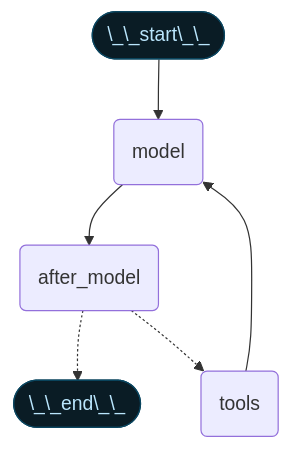
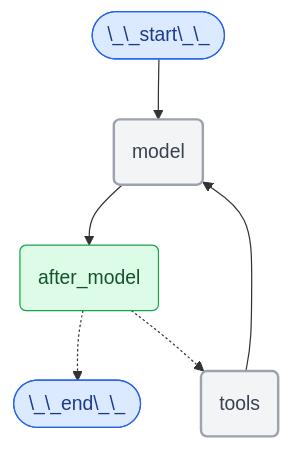
One commit to bansalkanav/docs changed the second of 2 diagrams in build/oss/javascript/langchain/short-term-memory.mdx. Above: the diagram before and after it, drawn with Mermaid. The commit also changed other lines of this file and 2887 other files, not shown here.

````diff
--- a/build/oss/javascript/langchain/short-term-memory.mdx
+++ b/build/oss/javascript/langchain/short-term-memory.mdx
@@ -607,26 +612,28 @@
 ```mermaid
 %%{
     init: {
         "fontFamily": "monospace",
         "flowchart": {
         "curve": "basis"
-        },
-        "themeVariables": {"edgeLabelBackground": "transparent"}
+        }
     }
 }%%
 graph TD
     S(["\_\_start\_\_"])
     MODEL(model)
     POST(after_model)
     TOOLS(tools)
     END(["\_\_end\_\_"])
     S --> MODEL
     MODEL --> POST
     POST -.-> END
     POST -.-> TOOLS
     TOOLS --> MODEL
-    classDef blueHighlight fill:#0a1c25,stroke:#0a455f,color:#bae6fd;
+    classDef blueHighlight fill:#DBEAFE,stroke:#2563EB,color:#1E3A8A;
+    classDef greenHighlight fill:#DCFCE7,stroke:#16A34A,color:#14532D;
+    classDef neutral fill:#F3F4F6,stroke:#9CA3AF,stroke-width:2px,color:#374151;
     class S blueHighlight;
     class END blueHighlight;
     class POST greenHighlight;
+    class MODEL,TOOLS neutral;
 ```
````
